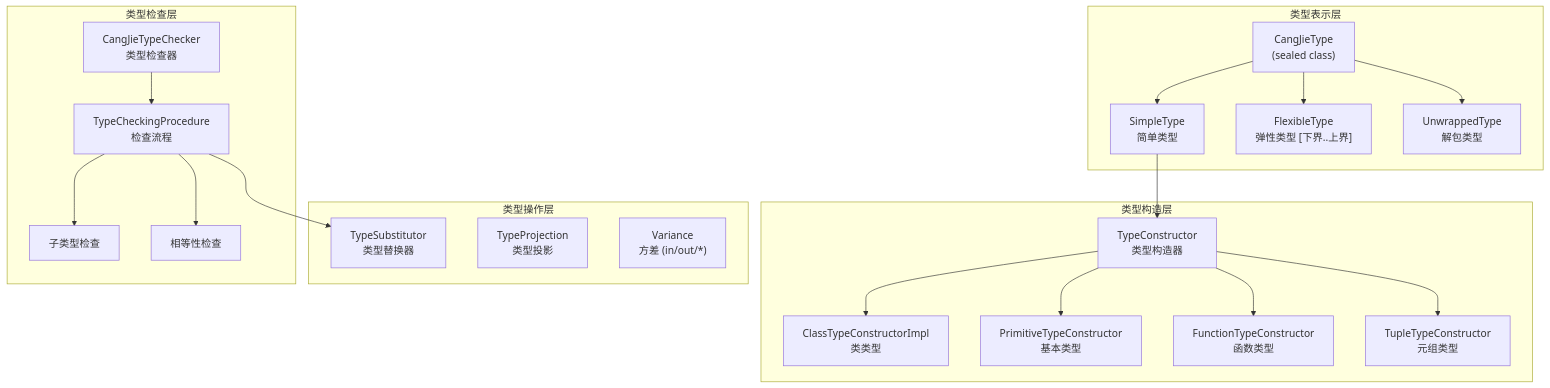
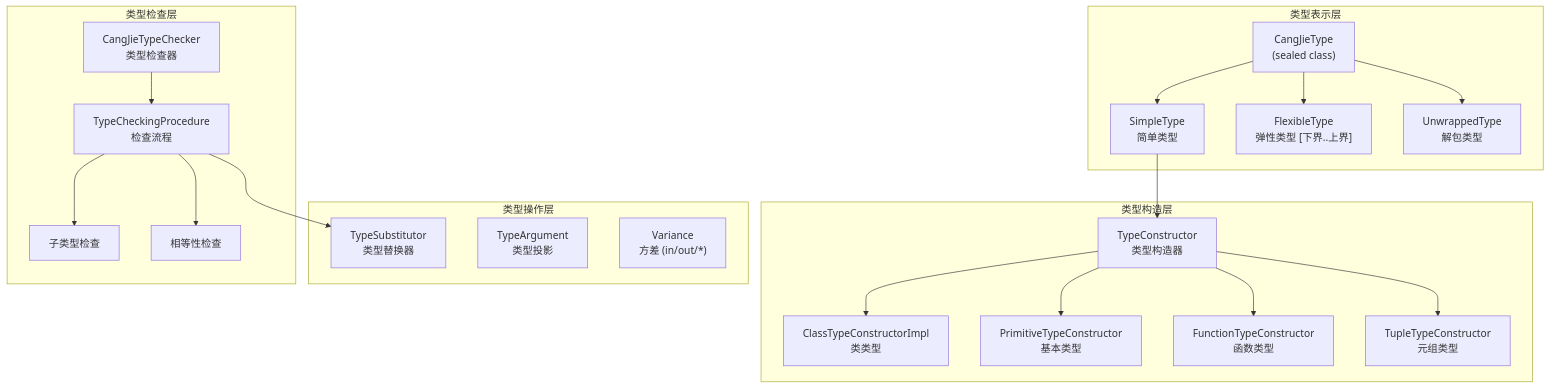
One commit to lin-qingying/intellij-cangjie changed the second of 11 diagrams in descriptors/README.md. Above: the diagram before and after it, drawn with Mermaid. The commit also changed other lines of this file and 1433 other files, not shown here.

````diff
--- a/descriptors/README.md
+++ b/descriptors/README.md
@@ -259,45 +259,45 @@
 ```mermaid
 graph TB
     subgraph "类型表示层"
         CangJieType["CangJieType<br/>(sealed class)"]
         SimpleType["SimpleType<br/>简单类型"]
         FlexibleType["FlexibleType<br/>弹性类型 [下界..上界]"]
         UnwrappedType["UnwrappedType<br/>解包类型"]
     end
 
     subgraph "类型构造层"
         TypeConstructor["TypeConstructor<br/>类型构造器"]
         ClassTypeConstructor["ClassTypeConstructorImpl<br/>类类型"]
         PrimitiveTypeConstructor["PrimitiveTypeConstructor<br/>基本类型"]
         FunctionTypeConstructor["FunctionTypeConstructor<br/>函数类型"]
         TupleTypeConstructor["TupleTypeConstructor<br/>元组类型"]
     end
 
     subgraph "类型操作层"
         TypeSubstitutor["TypeSubstitutor<br/>类型替换器"]
-        TypeProjection["TypeProjection<br/>类型投影"]
+        TypeArgument["TypeArgument<br/>类型投影"]
         Variance["Variance<br/>方差 (in/out/*)"]
     end
 
     subgraph "类型检查层"
         TypeChecker["CangJieTypeChecker<br/>类型检查器"]
         TypeCheckingProcedure["TypeCheckingProcedure<br/>检查流程"]
         SubtypeCheck["子类型检查"]
         EqualityCheck["相等性检查"]
     end
 
     CangJieType --> SimpleType
     CangJieType --> FlexibleType
     CangJieType --> UnwrappedType
 
     SimpleType --> TypeConstructor
     TypeConstructor --> ClassTypeConstructor
     TypeConstructor --> PrimitiveTypeConstructor
     TypeConstructor --> FunctionTypeConstructor
     TypeConstructor --> TupleTypeConstructor
 
     TypeChecker --> TypeCheckingProcedure
     TypeCheckingProcedure --> SubtypeCheck
     TypeCheckingProcedure --> EqualityCheck
     TypeCheckingProcedure --> TypeSubstitutor
 ```
````
